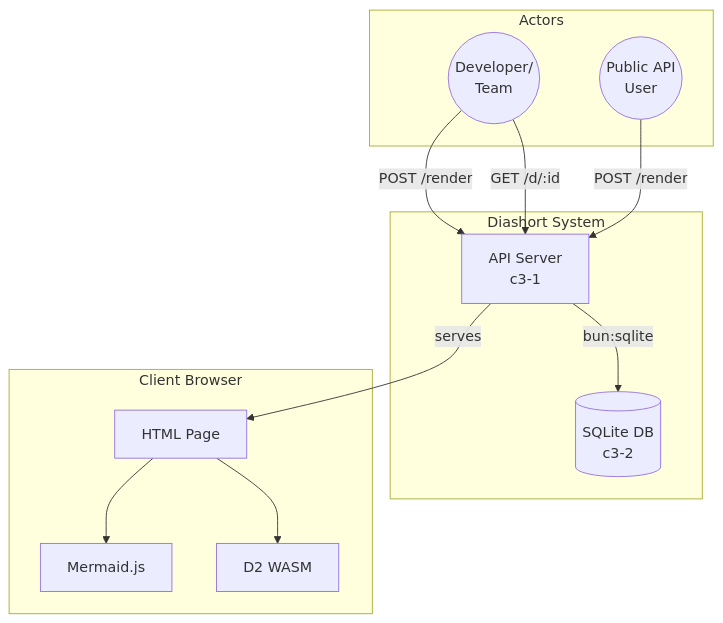
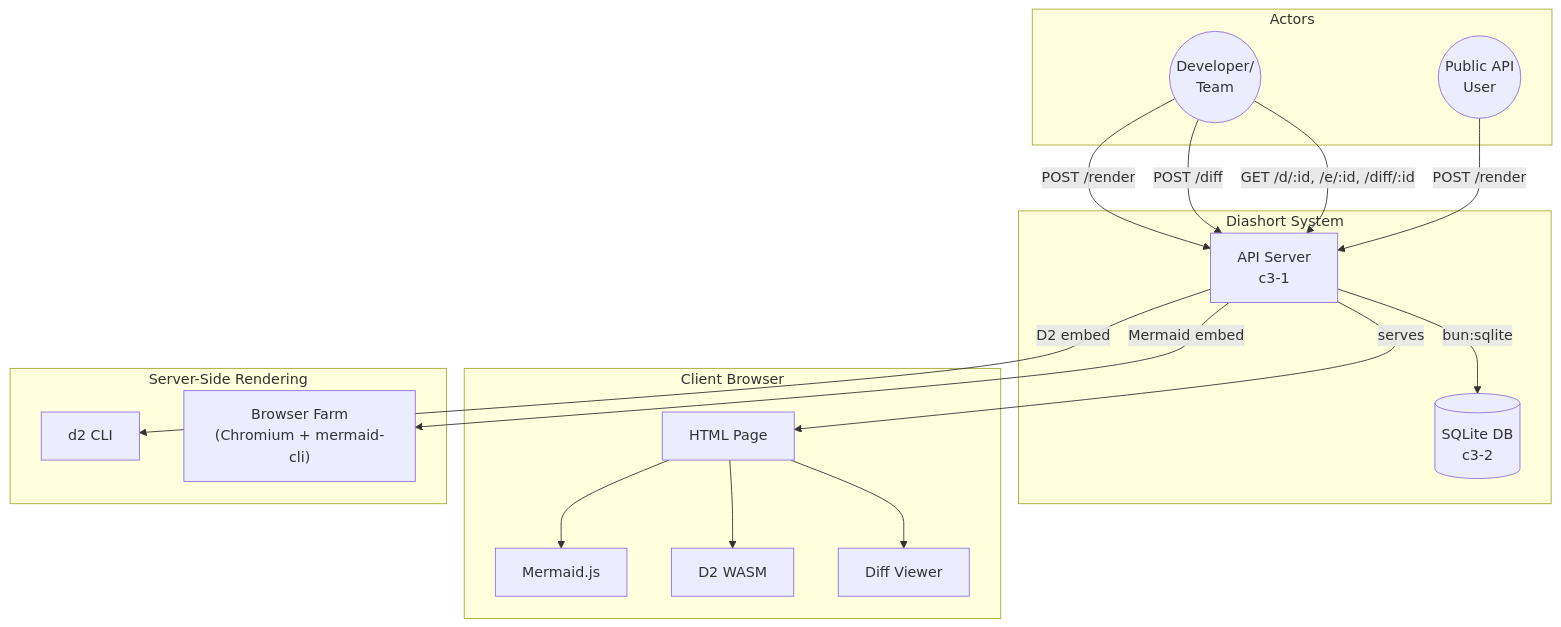
The first of 2 diagrams in .c3/README.md (lagz0ne/diashort), drawn with Mermaid before and after one commit. The commit also changed other lines of this file and 31 other files, not shown here.

````diff
--- a/.c3/README.md
+++ b/.c3/README.md
@@ -17,27 +18,37 @@
 ```mermaid
 flowchart TB
     subgraph Actors
         A1((Developer/<br/>Team))
         A2((Public API<br/>User))
     end
 
     subgraph Diashort["Diashort System"]
         C1["API Server<br/>c3-1"]
         C2[("SQLite DB<br/>c3-2")]
     end
 
     subgraph Client["Client Browser"]
         HTML["HTML Page"]
         MermaidJS["Mermaid.js"]
         D2WASM["D2 WASM"]
+        DiffView["Diff Viewer"]
+    end
+
+    subgraph SSR["Server-Side Rendering"]
+        D2CLI["d2 CLI"]
+        BrowserFarm["Browser Farm<br/>(Chromium + mermaid-cli)"]
     end
 
     A1 -->|"POST /render"| C1
-    A1 -->|"GET /d/:id"| C1
+    A1 -->|"POST /diff"| C1
+    A1 -->|"GET /d/:id, /e/:id, /diff/:id"| C1
     A2 -->|"POST /render"| C1
 
     C1 -->|"bun:sqlite"| C2
     C1 -->|"serves"| HTML
+    C1 -->|"D2 embed"| D2CLI
+    C1 -->|"Mermaid embed"| BrowserFarm
     HTML --> MermaidJS
     HTML --> D2WASM
+    HTML --> DiffView
 ```
````
